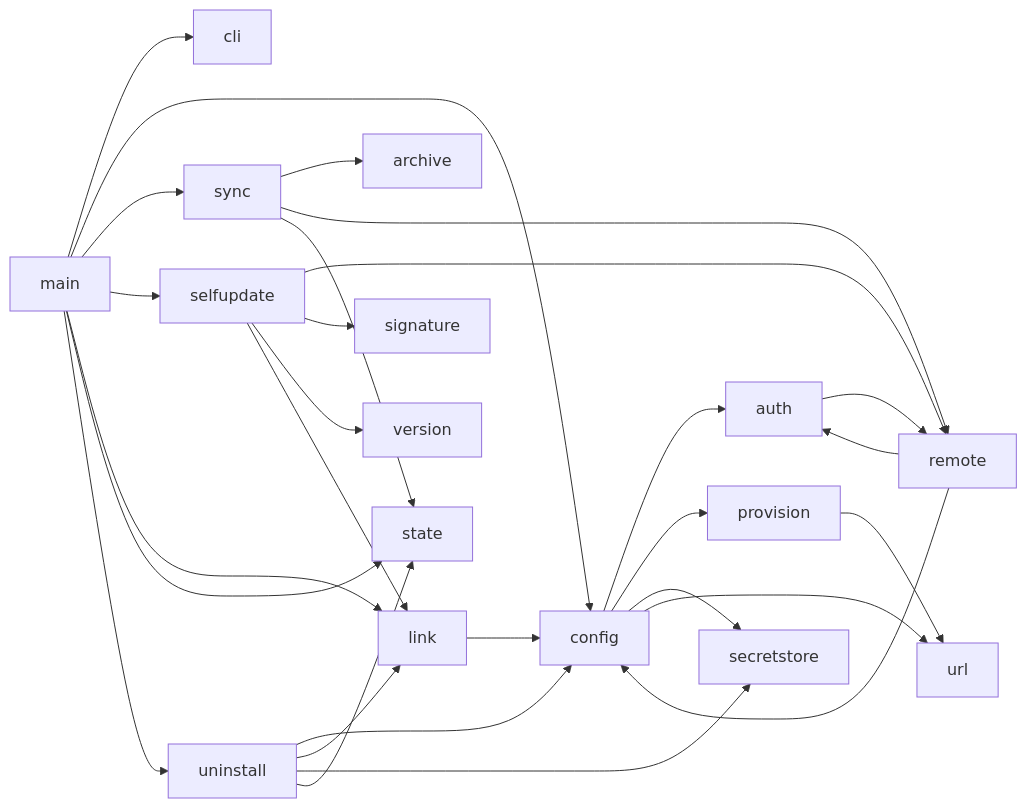
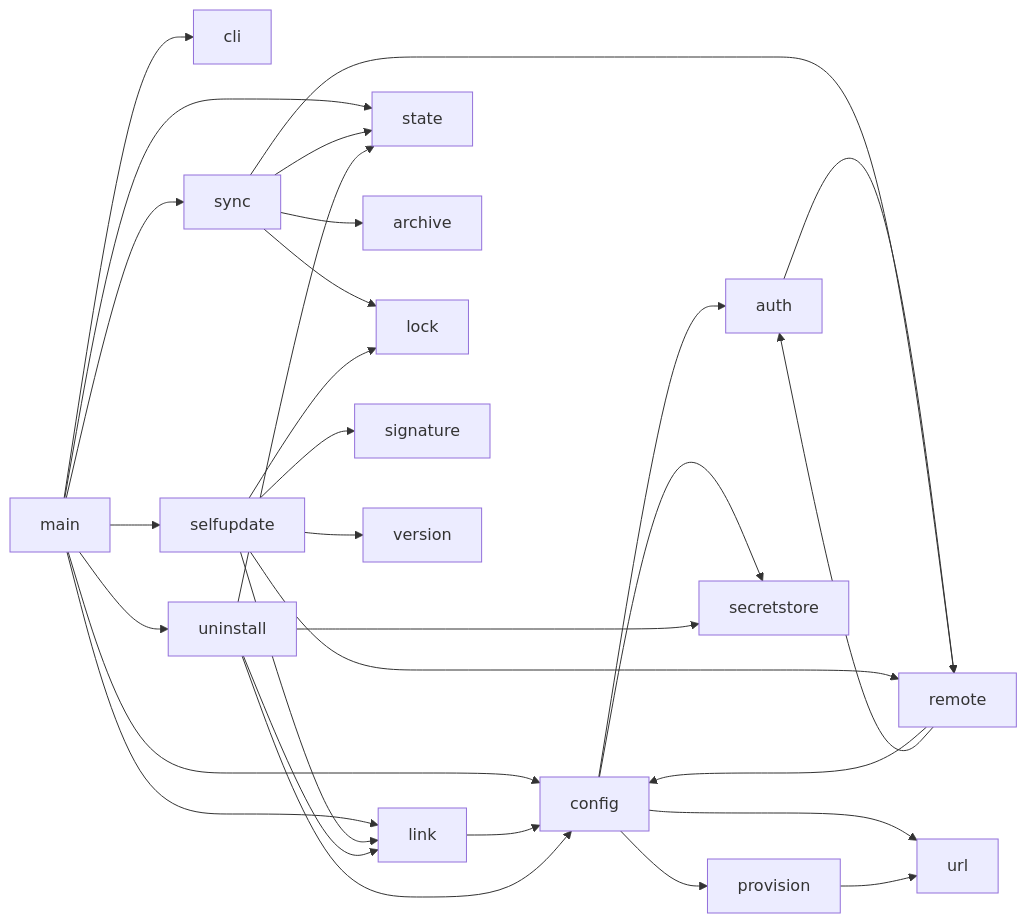
Before and after one commit to damac-italia/brainmaker: the diagram in docs/ARCHITECTURE.md, drawn with Mermaid. The commit also changed other lines of this file and 3 other files, not shown here.

````diff
--- a/docs/ARCHITECTURE.md
+++ b/docs/ARCHITECTURE.md
@@ -36,30 +40,32 @@
 ```mermaid
 graph LR
     main --> cli
     main --> config
     main --> sync
     main --> selfupdate
     main --> link
     main --> state
     main --> uninstall
     config --> auth
     config --> provision
     config --> secretstore
     config --> url
     provision --> url
     auth --> remote
     sync --> archive
+    sync --> lock
     sync --> remote
     sync --> state
     selfupdate --> remote
     selfupdate --> signature
     selfupdate --> version
     selfupdate --> link
+    selfupdate --> lock
     remote --> config
     remote --> auth
     link --> config
     uninstall --> config
     uninstall --> link
     uninstall --> secretstore
     uninstall --> state
 ```
````
